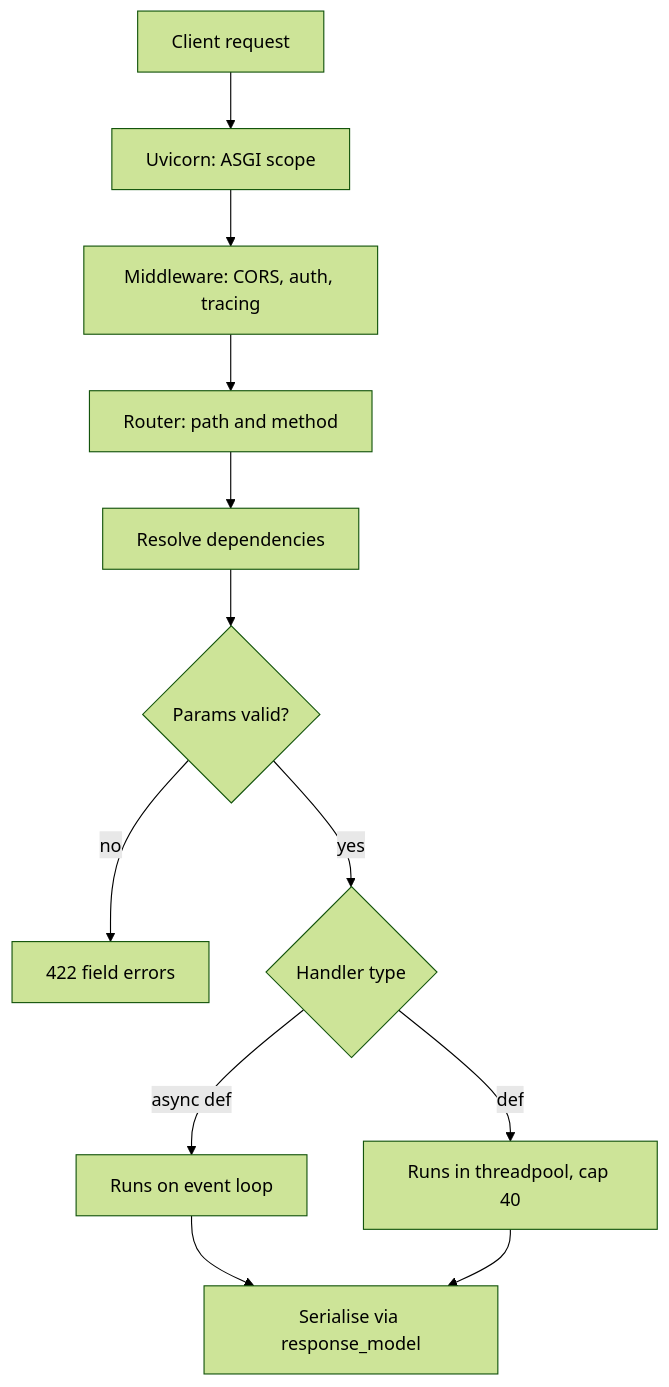
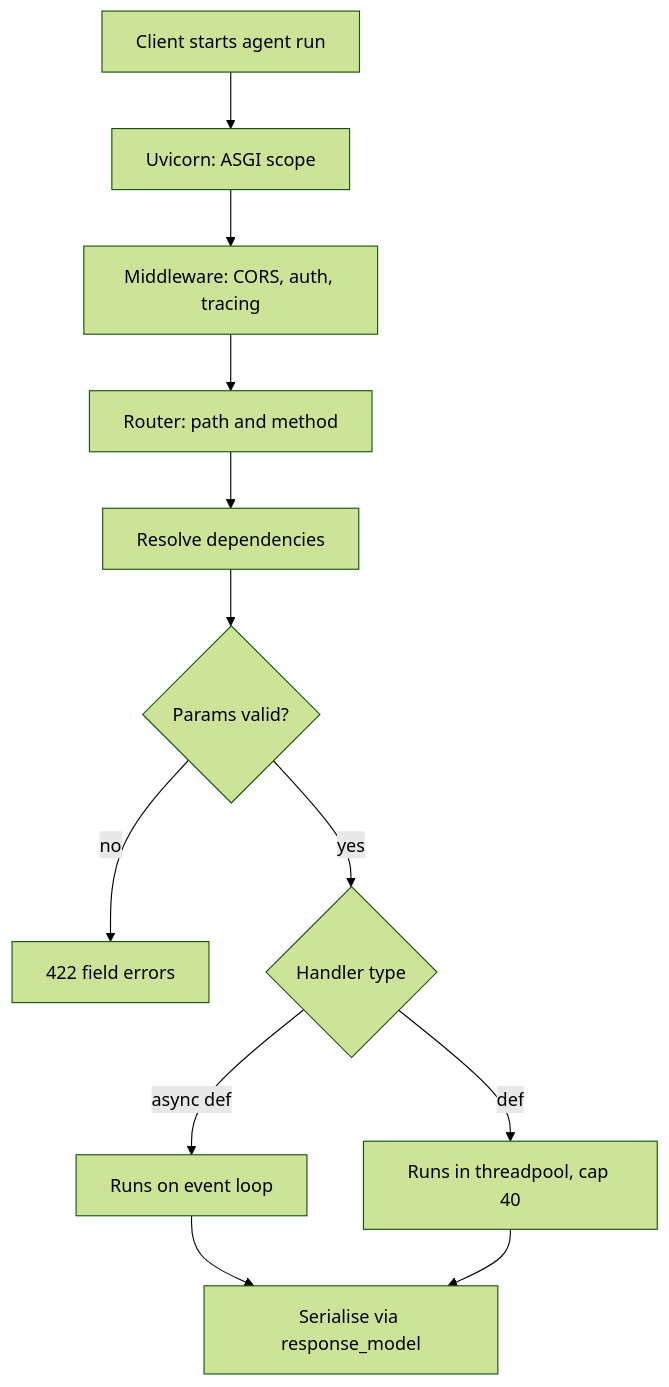
Before and after one commit to lovishmahajan97/agentic-learning: the diagram in content/backend-fundamentals/fastapi.md, drawn with Mermaid (forest theme). The commit also changed other lines of this file and 266 other files, not shown here.

````diff
--- a/content/backend-fundamentals/fastapi.md
+++ b/content/backend-fundamentals/fastapi.md
@@ -117,14 +143,14 @@
 ```mermaid
 flowchart TD
-    C["Client request"] --> U["Uvicorn: ASGI scope"]
+    C["Client starts agent run"] --> U["Uvicorn: ASGI scope"]
     U --> M["Middleware: CORS, auth, tracing"]
     M --> R["Router: path and method"]
     R --> D["Resolve dependencies"]
     D --> V{"Params valid?"}
     V -->|"no"| E["422 field errors"]
     V -->|"yes"| H{"Handler type"}
     H -->|"async def"| L["Runs on event loop"]
     H -->|"def"| T["Runs in threadpool, cap 40"]
     L --> S["Serialise via response_model"]
     T --> S
 ```
````
